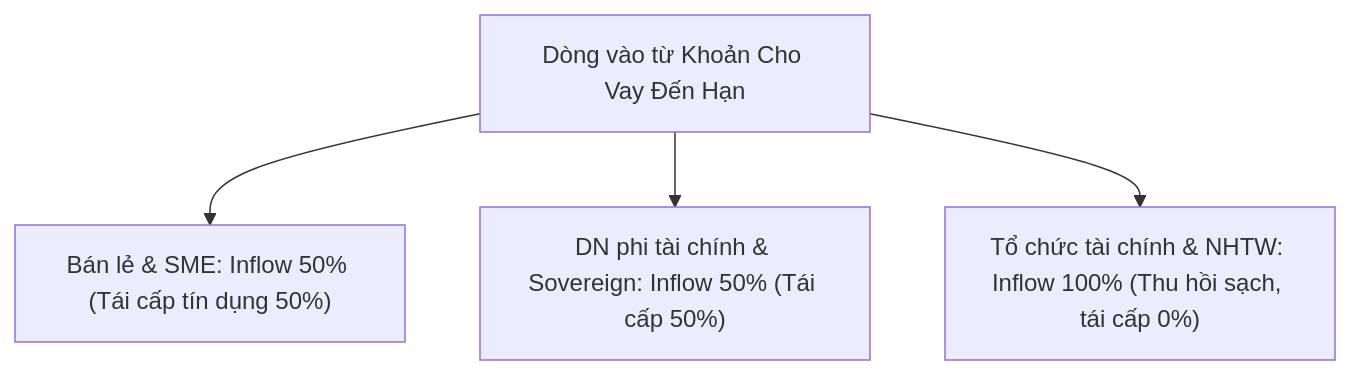
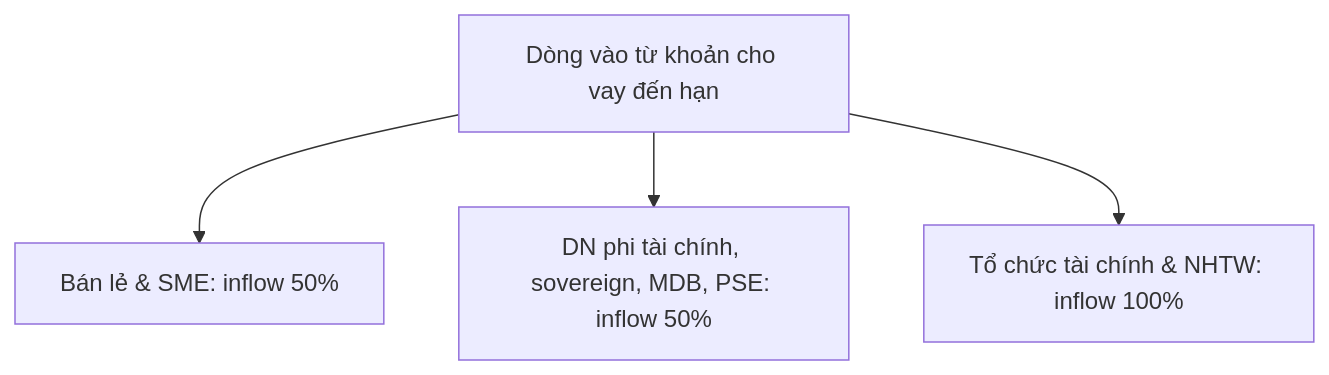
Before and after one commit to hieunt795/alm_wiki: the diagram in 02_wiki/metrics/cash-inflows.md, drawn with Mermaid. The commit also changed other lines of this file and 44 other files, not shown here.

````diff
--- a/02_wiki/metrics/cash-inflows.md
+++ b/02_wiki/metrics/cash-inflows.md
@@ -94,7 +103,7 @@
 ```mermaid
 flowchart TD
-    InflowsByCounterparty["Dòng vào từ Khoản Cho Vay Đến Hạn"]
-    InflowsByCounterparty --> Retail["Bán lẻ & SME: Inflow 50% (Tái cấp tín dụng 50%)"]
-    InflowsByCounterparty --> Corporate["DN phi tài chính & Sovereign: Inflow 50% (Tái cấp 50%)"]
-    InflowsByCounterparty --> FI["Tổ chức tài chính & NHTW: Inflow 100% (Thu hồi sạch, tái cấp 0%)"]
+    InflowsByCounterparty["Dòng vào từ khoản cho vay đến hạn"]
+    InflowsByCounterparty --> Retail["Bán lẻ & SME: inflow 50%"]
+    InflowsByCounterparty --> Corporate["DN phi tài chính, sovereign, MDB, PSE: inflow 50%"]
+    InflowsByCounterparty --> FI["Tổ chức tài chính & NHTW: inflow 100%"]
 ```
````
